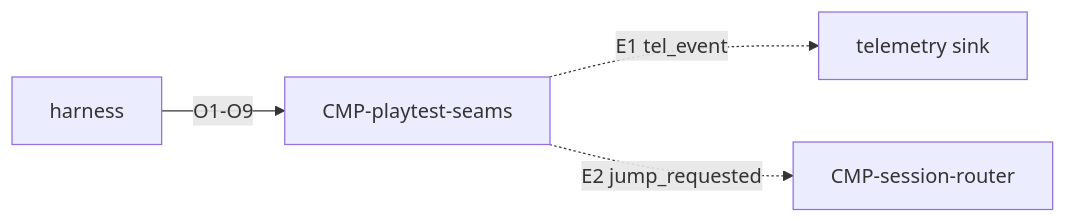
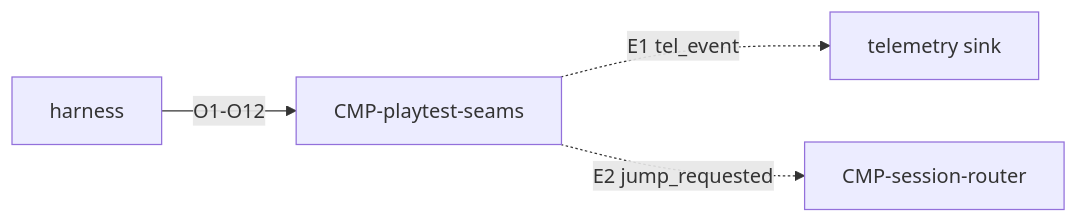
Before and after one commit to waigore/simplechessv2: the diagram in specs/technical/contracts/playtest-drive.md, drawn with Mermaid. The commit also changed other lines of this file and 11 other files, not shown here.

````diff
--- a/specs/technical/contracts/playtest-drive.md
+++ b/specs/technical/contracts/playtest-drive.md
@@ -50,10 +53,10 @@
 ```mermaid
 flowchart LR
   H[harness]
   P[CMP-playtest-seams]
   T[telemetry sink]
   R[CMP-session-router]
-  H -->|O1-O9| P
+  H -->|O1-O12| P
   P -.->|E1 tel_event| T
   P -.->|E2 jump_requested| R
 ```
````
